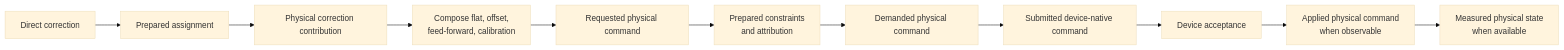
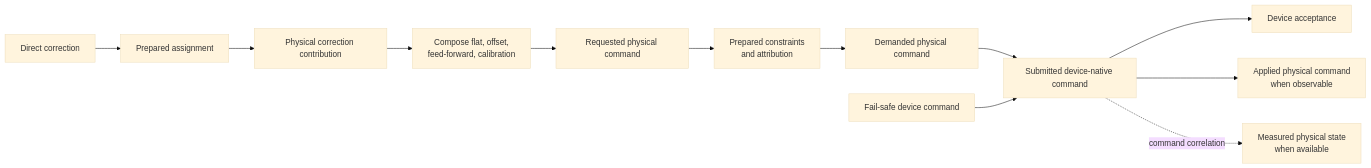
One commit to DarrylGamroth/pipewireao-rtc changed the diagram in docs/scientific-data-and-command-contracts.md. Above: the diagram before and after it, drawn with Mermaid (base theme). The commit also changed other lines of this file and 8 other files, not shown here.

Commit message:
docs: define incremental RTC architecture

````diff
--- a/docs/scientific-data-and-command-contracts.md
+++ b/docs/scientific-data-and-command-contracts.md
@@ -143,25 +169,27 @@
 ```mermaid
 flowchart LR
     Direct["Direct correction"]
     Assign["Prepared assignment"]
     Contrib["Physical correction contribution"]
     Compose["Compose flat, offset,<br/>feed-forward, calibration"]
     Requested["Requested physical command"]
     Limits["Prepared constraints<br/>and attribution"]
     Demanded["Demanded physical command"]
+    Safety["Fail-safe device command"]
     Native["Submitted device-native command"]
     Accepted["Device acceptance"]
     Applied["Applied physical command<br/>when observable"]
     Measured["Measured physical state<br/>when available"]
 
     Direct --> Assign
     Assign --> Contrib
     Contrib --> Compose
     Compose --> Requested
     Requested --> Limits
     Limits --> Demanded
     Demanded --> Native
+    Safety --> Native
     Native --> Accepted
-    Accepted --> Applied
-    Applied --> Measured
+    Native --> Applied
+    Native -. command correlation .-> Measured
 ```
````
